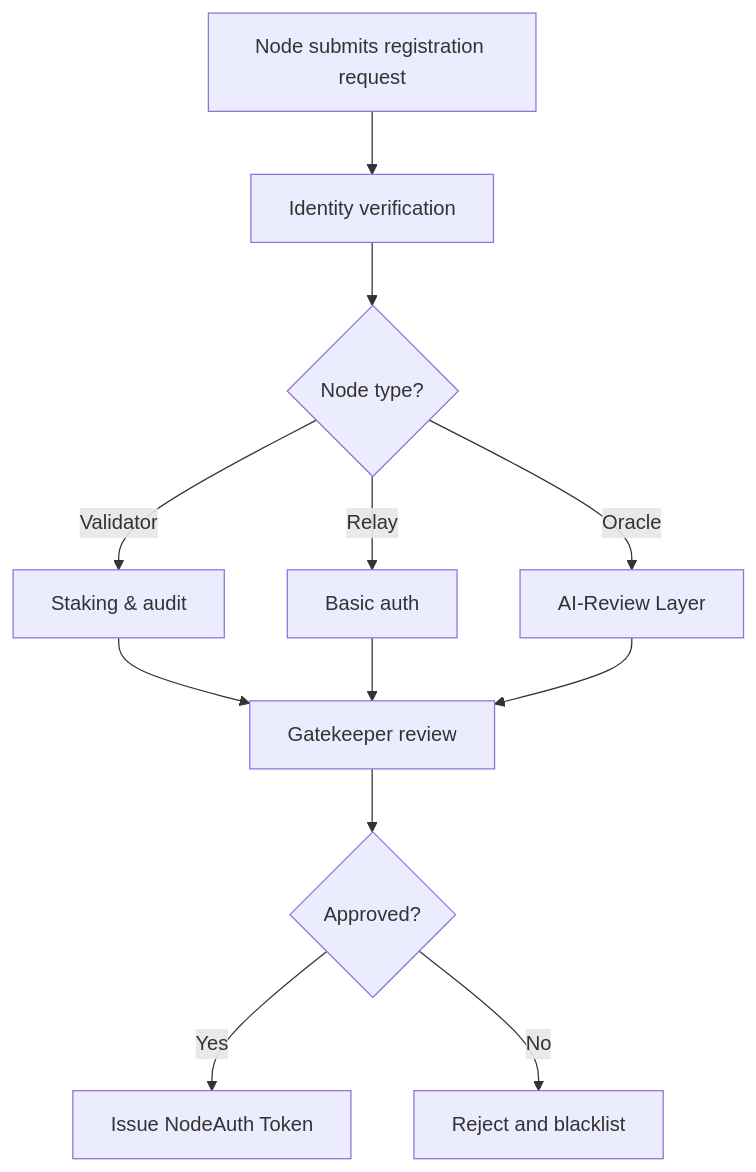
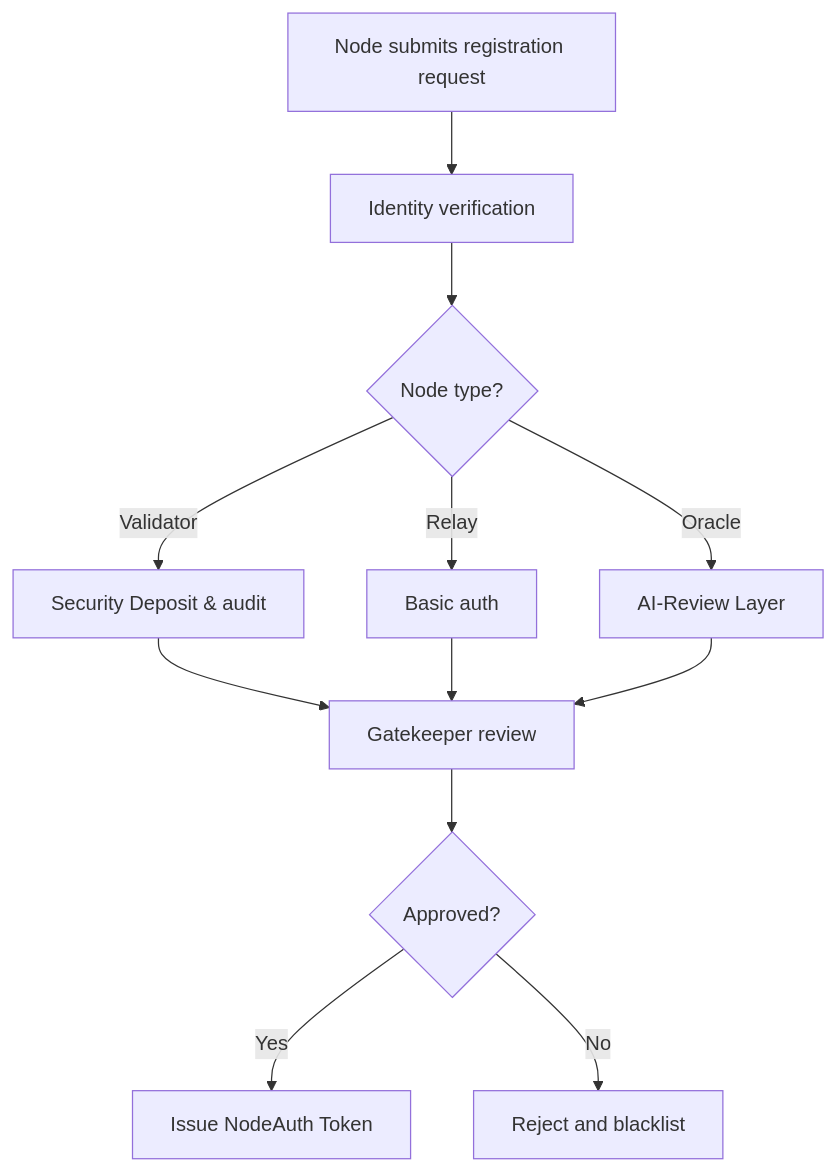
The diagram in 02_nodechain_engine/node_registration_and_auth.md (Aros-Technology-Studio/AST-Aros-Financial-Paradigm), drawn with Mermaid before and after one commit. The commit also changed 69 other files, not shown here.

````diff
--- a/02_nodechain_engine/node_registration_and_auth.md
+++ b/02_nodechain_engine/node_registration_and_auth.md
@@ -32,12 +32,12 @@
 ```mermaid
 flowchart TD
     A[Node submits registration request] --> B[Identity verification]
     B --> C{Node type?}
-    C -->|Validator| D[Staking & audit]
+    C -->|Validator| D[Security Deposit & audit]
     C -->|Relay| E[Basic auth]
     C -->|Oracle| F[AI-Review Layer]
     D & E & F --> G[Gatekeeper review]
     G --> H{Approved?}
     H -->|Yes| I[Issue NodeAuth Token]
     H -->|No| J[Reject and blacklist]
 ```
````
